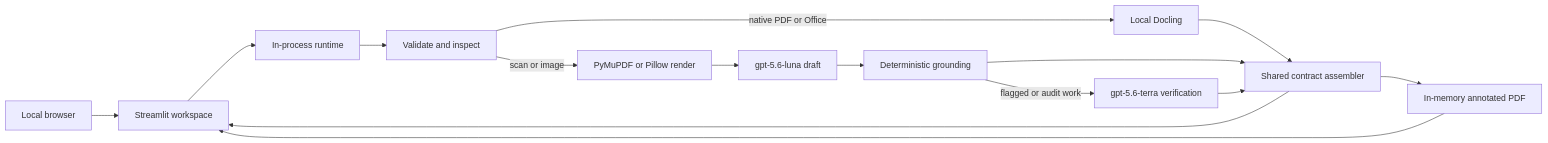
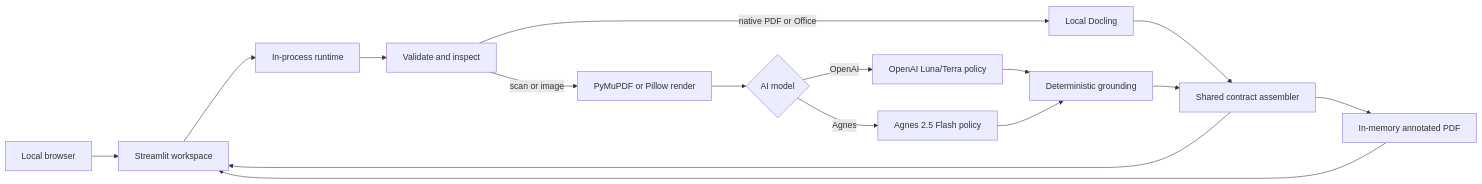
One commit to pypi-ahmad/Agentic-Document-Extraction changed the diagram in docs/ARCHITECTURE.md. Above: the diagram before and after it, drawn with Mermaid. The commit also changed other lines of this file and 65 other files, not shown here.

````diff
--- a/docs/ARCHITECTURE.md
+++ b/docs/ARCHITECTURE.md
@@ -7,17 +7,18 @@
 ```mermaid
 flowchart LR
     User[Local browser] --> UI[Streamlit workspace]
     UI --> Runtime[In-process runtime]
     Runtime --> Inspect[Validate and inspect]
     Inspect -->|native PDF or Office| Docling[Local Docling]
     Inspect -->|scan or image| Render[PyMuPDF or Pillow render]
-    Render --> Luna[gpt-5.6-luna draft]
-    Luna --> Ground[Deterministic grounding]
-    Ground -->|flagged or audit work| Terra[gpt-5.6-terra verification]
+    Render --> Choice{AI model}
+    Choice -->|OpenAI| OpenAI[OpenAI Luna/Terra policy]
+    Choice -->|Agnes| Agnes[Agnes 2.5 Flash policy]
+    OpenAI --> Ground[Deterministic grounding]
+    Agnes --> Ground
     Docling --> Assemble[Shared contract assembler]
     Ground --> Assemble
-    Terra --> Assemble
     Assemble --> Evidence[In-memory annotated PDF]
     Assemble --> UI
     Evidence --> UI
 ```
````
